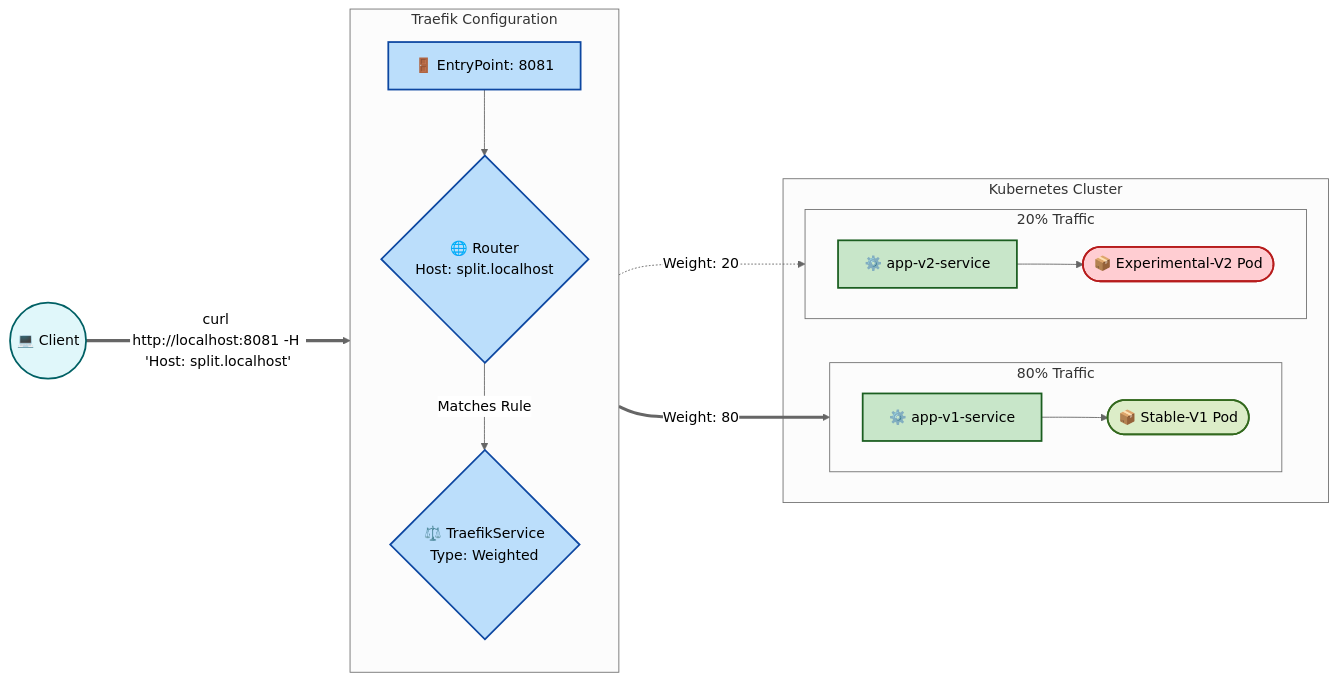
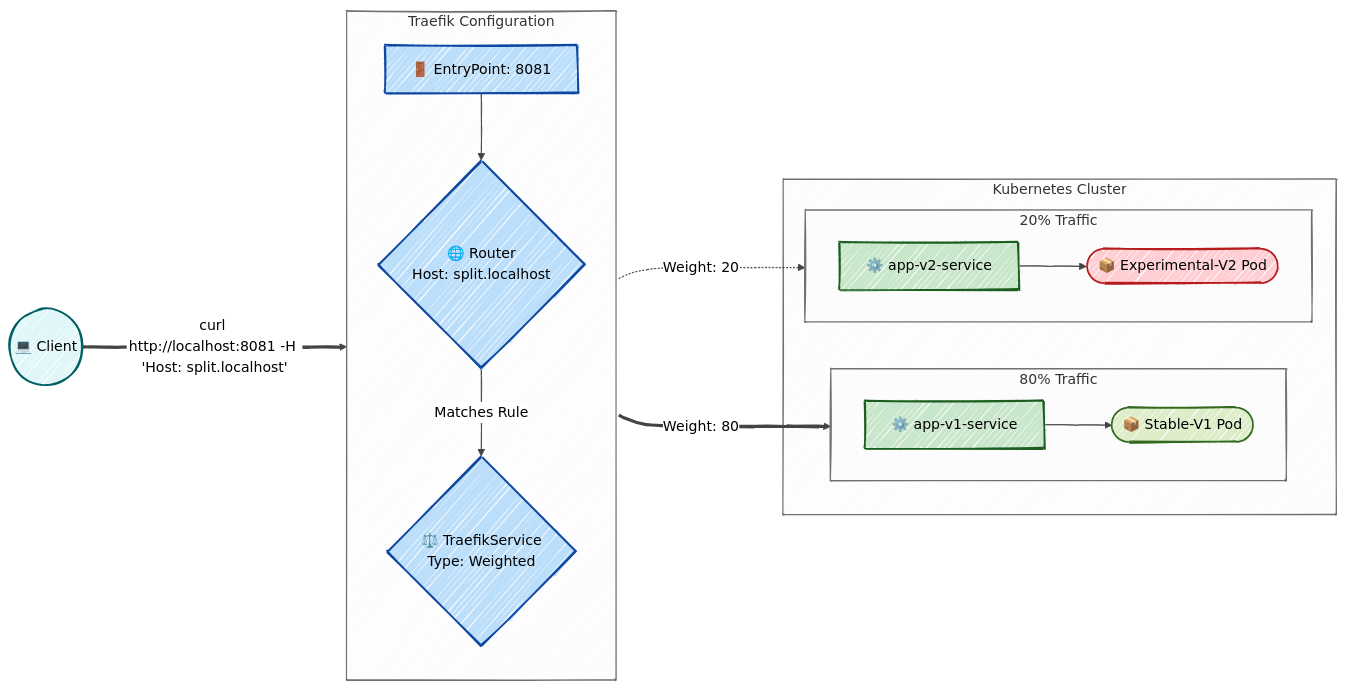
One commit to dmassimi/traefik-weight changed the diagram in README.md. Above: the diagram before and after it, drawn with Mermaid.

````diff
--- a/README.md
+++ b/README.md
@@ -7,52 +7,64 @@
 ```mermaid
+%%{init: {
+  'theme': 'base', 
+  'look': 'handDrawn', 
+  'themeVariables': { 
+    'fontFamily': 'Comic Sans MS, cursive',
+    'primaryColor': '#ffffff',
+    'mainBkg': '#ffffff',
+    'lineColor': '#444444'
+  }
+}}%%
+
 %%{init: {'theme': 'neutral'}}%%
 graph LR
     %% External
     User((💻 Client))
 
     %% Traefik Space
     subgraph Traefik [Traefik Configuration]
         direction TB
         EP[🚪 EntryPoint: 8081]
         Router{🌐 Router<br>Host: split.localhost}
         Splitter{⚖️ TraefikService<br>Type: Weighted}
     end
 
     %% Kubernetes Space
     subgraph K8s [Kubernetes Cluster]
         subgraph V1 [80% Traffic]
             direction LR
             Svc1[⚙️ app-v1-service]
             Pod1([📦 Stable-V1 Pod])
         end
         subgraph V2 [20% Traffic]
             direction LR
             Svc2[⚙️ app-v2-service]
             Pod2([📦 Experimental-V2 Pod])
         end
     end
 
     %% Traffic Flow
     User == "curl http://localhost:8081 -H 'Host: split.localhost'" ===> EP
     EP --> Router
     Router -- "Matches Rule" --> Splitter
     
     Splitter == "Weight: 80" ===> Svc1
     Splitter -. "Weight: 20" .-> Svc2
     
     Svc1 --> Pod1
     Svc2 --> Pod2
 
     %% Custom CSS Styling
     classDef client fill:#e0f7fa,stroke:#006064,stroke-width:2px,color:#000;
     classDef traefik fill:#bbdefb,stroke:#0d47a1,stroke-width:2px,color:#000;
     classDef service fill:#c8e6c9,stroke:#1b5e20,stroke-width:2px,color:#000;
     classDef stable fill:#dcedc8,stroke:#33691e,stroke-width:2px,color:#000;
     classDef canary fill:#ffcdd2,stroke:#b71c1c,stroke-width:2px,color:#000;
 
     class User client;
     class EP,Router,Splitter traefik;
     class Svc1,Svc2 service;
     class Pod1 stable;
     class Pod2 canary;
+
 ```
````
